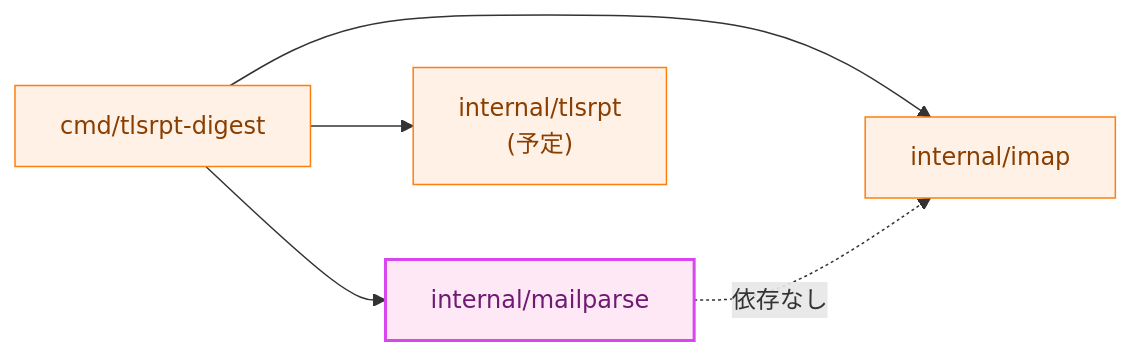
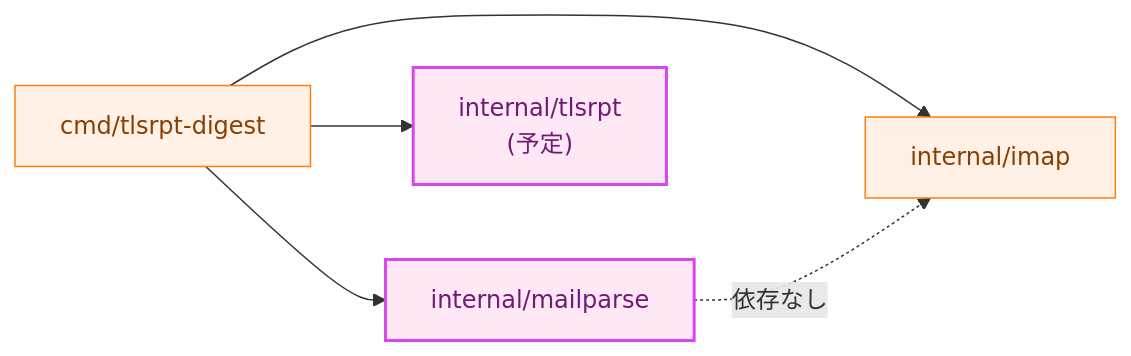
Before and after one commit to isseis/tlsrpt-digest: the fourth of 8 diagrams in docs/tasks/0011_mailparse/02_architecture.md, drawn with Mermaid. The commit also changed other lines of this file, not shown here.

First line of the commit message:
docs: address review comments on mailparse architecture

````diff
--- a/docs/tasks/0011_mailparse/02_architecture.md
+++ b/docs/tasks/0011_mailparse/02_architecture.md
@@ -103,18 +103,18 @@
 ```mermaid
 flowchart LR
     classDef process fill:#fff1e6,stroke:#ff7f0e,stroke-width:1px,color:#8a3e00;
     classDef newpkg fill:#ffe8f5,stroke:#d946ef,stroke-width:2px,color:#701a75;
 
     CMD["cmd/tlsrpt-digest"]
     IMAP["internal/imap"]
     MAILPARSE["internal/mailparse"]
     TLSRPT["internal/tlsrpt<br>(予定)"]
 
     CMD --> IMAP
     CMD --> MAILPARSE
     CMD --> TLSRPT
     MAILPARSE -.->|"依存なし"| IMAP
 
-    class CMD,IMAP,TLSRPT process
-    class MAILPARSE newpkg
+    class CMD,IMAP process
+    class MAILPARSE,TLSRPT newpkg
 ```
````
